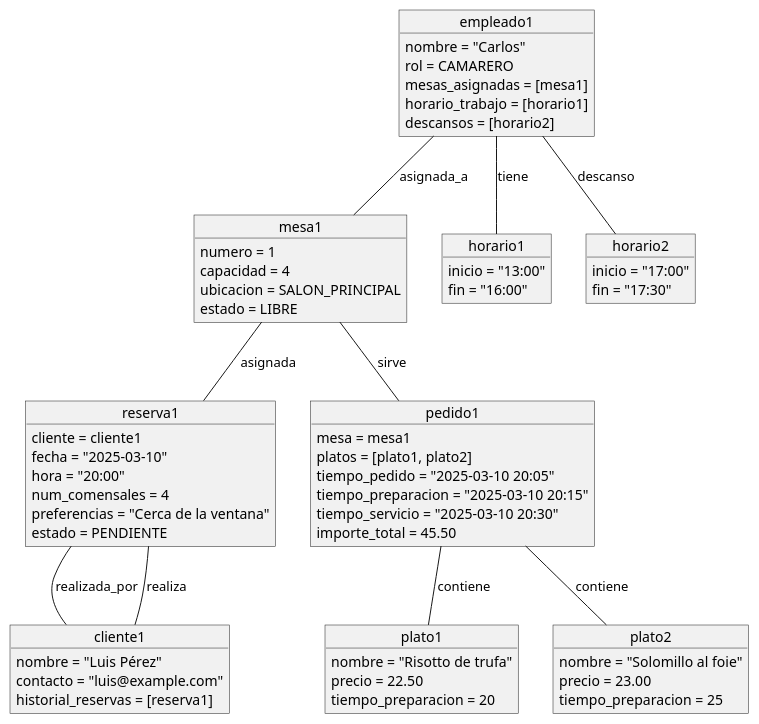
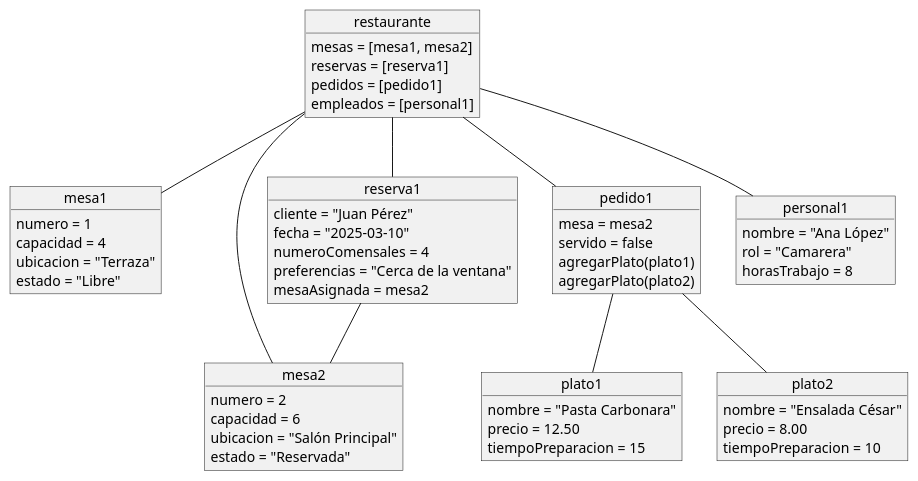
Before and after one commit to mmasias/24-25-IdSw2-SDD: the diagram in ModeloDeDominio/plantUML/DiagramaDeObjetos.puml, drawn with PlantUML. The commit also changed 1 other file, not shown here.

Commit message:
diagrama de objetos actualizado

```diff
--- a/ModeloDeDominio/plantUML/DiagramaDeObjetos.puml
+++ b/ModeloDeDominio/plantUML/DiagramaDeObjetos.puml
@@ -1,76 +1,68 @@
 @startuml
-
-' Diagrama de Objetos
 
 object mesa1 {
     numero = 1
     capacidad = 4
-    ubicacion = SALON_PRINCIPAL
-    estado = LIBRE
+    ubicacion = "Terraza"
+    estado = "Libre"
+}
+
+object mesa2 {
+    numero = 2
+    capacidad = 6
+    ubicacion = "Salón Principal"
+    estado = "Reservada"
 }
 
 object reserva1 {
-    cliente = cliente1
+    cliente = "Juan Pérez"
     fecha = "2025-03-10"
-    hora = "20:00"
-    num_comensales = 4
+    numeroComensales = 4
     preferencias = "Cerca de la ventana"
-    estado = PENDIENTE
+    mesaAsignada = mesa2
 }
 
 object pedido1 {
-    mesa = mesa1
-    platos = [plato1, plato2]
-    tiempo_pedido = "2025-03-10 20:05"
-    tiempo_preparacion = "2025-03-10 20:15"
-    tiempo_servicio = "2025-03-10 20:30"
-    importe_total = 45.50
+    mesa = mesa2
+    servido = false
 }
 
 object plato1 {
-    nombre = "Risotto de trufa"
-    precio = 22.50
-    tiempo_preparacion = 20
+    nombre = "Pasta Carbonara"
+    precio = 12.50
+    tiempoPreparacion = 15
 }
 
 object plato2 {
-    nombre = "Solomillo al foie"
-    precio = 23.00
-    tiempo_preparacion = 25
+    nombre = "Ensalada César"
+    precio = 8.00
+    tiempoPreparacion = 10
 }
 
-object empleado1 {
-    nombre = "Carlos"
-    rol = CAMARERO
-    mesas_asignadas = [mesa1]
-    horario_trabajo = [horario1]
-    descansos = [horario2]
+pedido1 : agregarPlato(plato1)
+pedido1 : agregarPlato(plato2)
+
+object personal1 {
+    nombre = "Ana López"
+    rol = "Camarera"
+    horasTrabajo = 8
 }
 
-object cliente1 {
-    nombre = "Luis Pérez"
-    contacto = "luis@example.com"
-    historial_reservas = [reserva1]
+object restaurante {
+    mesas = [mesa1, mesa2]
+    reservas = [reserva1]
+    pedidos = [pedido1]
+    empleados = [personal1]
 }
 
-object horario1 {
-    inicio = "13:00"
-    fin = "16:00"
-}
+restaurante -- mesa1
+restaurante -- mesa2
+restaurante -- reserva1
+restaurante -- pedido1
+restaurante -- personal1
 
-object horario2 {
-    inicio = "17:00"
-    fin = "17:30"
-}
-
-mesa1 -- reserva1 : asignada
-mesa1 -- pedido1 : sirve
-reserva1 -- cliente1 : realizada_por
-pedido1 -- plato1 : contiene
-pedido1 -- plato2 : contiene
-empleado1 -- mesa1 : asignada_a
-cliente1 -- reserva1 : realiza
-empleado1 -- horario1 : tiene
-empleado1 -- horario2 : descanso
+pedido1 -- plato1
+pedido1 -- plato2
+reserva1 -- mesa2
 
 @enduml
```
